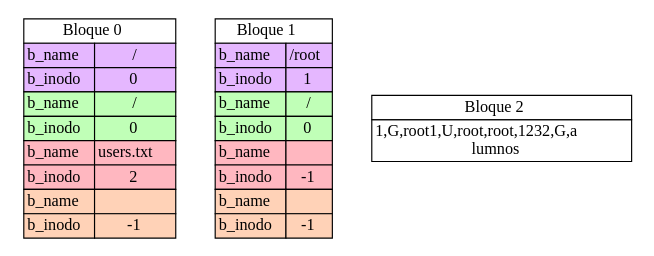
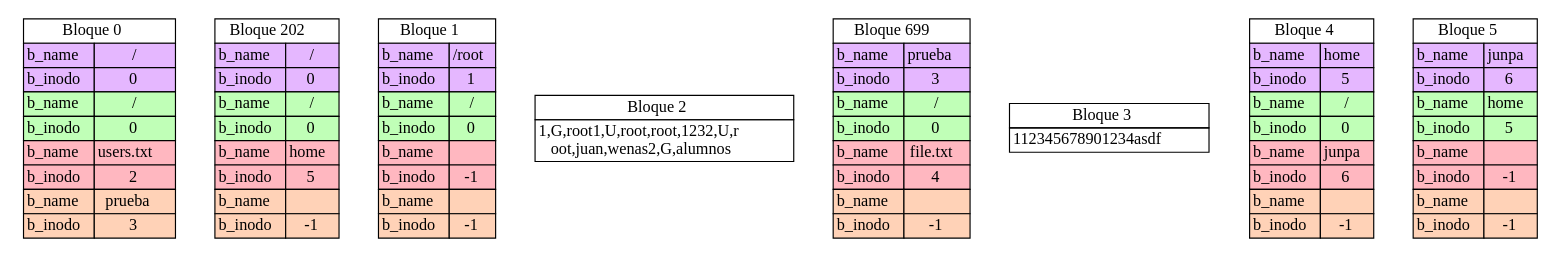
The diagram in cmake-build-debug/report_blocks.dot (RojasCJP/Archivos_Practica1), drawn with Graphviz before and after one commit. The commit also changed 14 other files, not shown here.

```diff
--- a/cmake-build-debug/report_blocks.dot
+++ b/cmake-build-debug/report_blocks.dot
@@ -1,37 +1,96 @@
 digraph di{
 b_0[ shape=plaintext label=< 
 <table border='0' cellborder='1' cellspacing='0'>
 <tr><td port="0" colspan="3">Bloque 0</td></tr>
 <tr><td bgcolor="#e5b7ff">b_name</td><td bgcolor="#e5b7ff" >/</td></tr>
 <tr><td bgcolor="#e5b7ff">b_inodo</td><td bgcolor="#e5b7ff">0</td></tr>
 <tr><td bgcolor="#c0ffb7">b_name</td><td bgcolor="#c0ffb7" >/</td></tr>
 <tr><td bgcolor="#c0ffb7">b_inodo</td><td bgcolor="#c0ffb7">0</td></tr>
 <tr><td bgcolor="#ffb7c0">b_name</td><td bgcolor="#ffb7c0" port="ib208">users.txt</td></tr>
 <tr><td bgcolor="#ffb7c0">b_inodo</td><td bgcolor="#ffb7c0">2</td></tr>
+<tr><td bgcolor="#ffd2b7">b_name</td><td bgcolor="#ffd2b7" port="ib312">prueba</td></tr>
+<tr><td bgcolor="#ffd2b7">b_inodo</td><td bgcolor="#ffd2b7">3</td></tr>
+</table>
+>];
+b_202[ shape=plaintext label=< 
+<table border='0' cellborder='1' cellspacing='0'>
+<tr><td port="21008" colspan="3">Bloque 202</td></tr>
+<tr><td bgcolor="#e5b7ff">b_name</td><td bgcolor="#e5b7ff" >/</td></tr>
+<tr><td bgcolor="#e5b7ff">b_inodo</td><td bgcolor="#e5b7ff">0</td></tr>
+<tr><td bgcolor="#c0ffb7">b_name</td><td bgcolor="#c0ffb7" >/</td></tr>
+<tr><td bgcolor="#c0ffb7">b_inodo</td><td bgcolor="#c0ffb7">0</td></tr>
+<tr><td bgcolor="#ffb7c0">b_name</td><td bgcolor="#ffb7c0" port="ib520">home</td></tr>
+<tr><td bgcolor="#ffb7c0">b_inodo</td><td bgcolor="#ffb7c0">5</td></tr>
 <tr><td bgcolor="#ffd2b7">b_name</td><td bgcolor="#ffd2b7" ></td></tr>
 <tr><td bgcolor="#ffd2b7">b_inodo</td><td bgcolor="#ffd2b7">-1</td></tr>
 </table>
 >];
 b_1[ shape=plaintext label=< 
 <table border='0' cellborder='1' cellspacing='0'>
 <tr><td port="208" colspan="3">Bloque 1</td></tr>
 <tr><td bgcolor="#e5b7ff">b_name</td><td bgcolor="#e5b7ff" >/root</td></tr>
 <tr><td bgcolor="#e5b7ff">b_inodo</td><td bgcolor="#e5b7ff">1</td></tr>
 <tr><td bgcolor="#c0ffb7">b_name</td><td bgcolor="#c0ffb7" port="ib0">/</td></tr>
 <tr><td bgcolor="#c0ffb7">b_inodo</td><td bgcolor="#c0ffb7">0</td></tr>
 <tr><td bgcolor="#ffb7c0">b_name</td><td bgcolor="#ffb7c0" ></td></tr>
 <tr><td bgcolor="#ffb7c0">b_inodo</td><td bgcolor="#ffb7c0">-1</td></tr>
 <tr><td bgcolor="#ffd2b7">b_name</td><td bgcolor="#ffd2b7" ></td></tr>
 <tr><td bgcolor="#ffd2b7">b_inodo</td><td bgcolor="#ffd2b7">-1</td></tr>
 </table>
 >];
 b_2[ shape=plaintext label=< 
 <table border='0' cellborder='1' cellspacing='0'>
 <tr><td port="416">Bloque 2</td></tr>
 <tr><td>1,G,root
 1,U,root,root,123
-2,G,a<br/>lumnos
+2,U,r<br/>oot,juan,wenas
+2,G,alumnos
 </td></tr>
 </table>
 >];
+b_699[ shape=plaintext label=< 
+<table border='0' cellborder='1' cellspacing='0'>
+<tr><td port="73008" colspan="3">Bloque 699</td></tr>
+<tr><td bgcolor="#e5b7ff">b_name</td><td bgcolor="#e5b7ff" >prueba</td></tr>
+<tr><td bgcolor="#e5b7ff">b_inodo</td><td bgcolor="#e5b7ff">3</td></tr>
+<tr><td bgcolor="#c0ffb7">b_name</td><td bgcolor="#c0ffb7" port="ib0">/</td></tr>
+<tr><td bgcolor="#c0ffb7">b_inodo</td><td bgcolor="#c0ffb7">0</td></tr>
+<tr><td bgcolor="#ffb7c0">b_name</td><td bgcolor="#ffb7c0" port="ib416">file.txt</td></tr>
+<tr><td bgcolor="#ffb7c0">b_inodo</td><td bgcolor="#ffb7c0">4</td></tr>
+<tr><td bgcolor="#ffd2b7">b_name</td><td bgcolor="#ffd2b7" ></td></tr>
+<tr><td bgcolor="#ffd2b7">b_inodo</td><td bgcolor="#ffd2b7">-1</td></tr>
+</table>
+>];
+b_3[ shape=plaintext label=< 
+<table border='0' cellborder='1' cellspacing='0'>
+<tr><td port="728">Bloque 3</td></tr>
+<tr><td>112345678901234asdf</td></tr>
+</table>
+>];
+b_4[ shape=plaintext label=< 
+<table border='0' cellborder='1' cellspacing='0'>
+<tr><td port="936" colspan="3">Bloque 4</td></tr>
+<tr><td bgcolor="#e5b7ff">b_name</td><td bgcolor="#e5b7ff" >home</td></tr>
+<tr><td bgcolor="#e5b7ff">b_inodo</td><td bgcolor="#e5b7ff">5</td></tr>
+<tr><td bgcolor="#c0ffb7">b_name</td><td bgcolor="#c0ffb7" port="ib0">/</td></tr>
+<tr><td bgcolor="#c0ffb7">b_inodo</td><td bgcolor="#c0ffb7">0</td></tr>
+<tr><td bgcolor="#ffb7c0">b_name</td><td bgcolor="#ffb7c0" port="ib624">junpa</td></tr>
+<tr><td bgcolor="#ffb7c0">b_inodo</td><td bgcolor="#ffb7c0">6</td></tr>
+<tr><td bgcolor="#ffd2b7">b_name</td><td bgcolor="#ffd2b7" ></td></tr>
+<tr><td bgcolor="#ffd2b7">b_inodo</td><td bgcolor="#ffd2b7">-1</td></tr>
+</table>
+>];
+b_5[ shape=plaintext label=< 
+<table border='0' cellborder='1' cellspacing='0'>
+<tr><td port="1144" colspan="3">Bloque 5</td></tr>
+<tr><td bgcolor="#e5b7ff">b_name</td><td bgcolor="#e5b7ff" >junpa</td></tr>
+<tr><td bgcolor="#e5b7ff">b_inodo</td><td bgcolor="#e5b7ff">6</td></tr>
+<tr><td bgcolor="#c0ffb7">b_name</td><td bgcolor="#c0ffb7" port="ib520">home</td></tr>
+<tr><td bgcolor="#c0ffb7">b_inodo</td><td bgcolor="#c0ffb7">5</td></tr>
+<tr><td bgcolor="#ffb7c0">b_name</td><td bgcolor="#ffb7c0" ></td></tr>
+<tr><td bgcolor="#ffb7c0">b_inodo</td><td bgcolor="#ffb7c0">-1</td></tr>
+<tr><td bgcolor="#ffd2b7">b_name</td><td bgcolor="#ffd2b7" ></td></tr>
+<tr><td bgcolor="#ffd2b7">b_inodo</td><td bgcolor="#ffd2b7">-1</td></tr>
+</table>
+>];
 }
```
